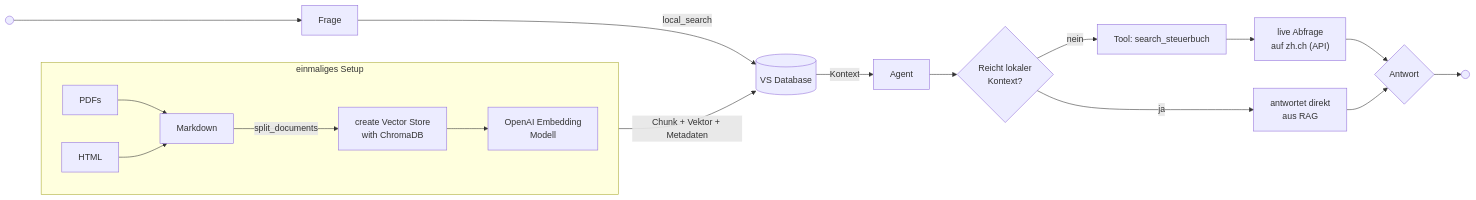
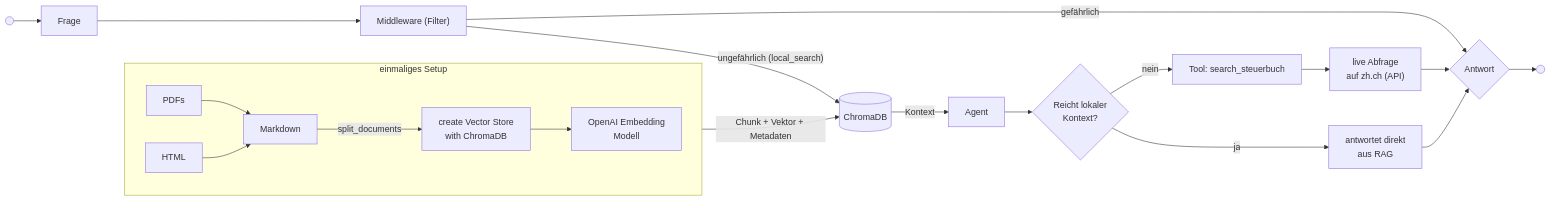
Before and after one commit to yott-dev/ny-hoc: the first of 3 diagrams in presentation/slides.md, drawn with Mermaid. The commit also changed other lines of this file, not shown here.

````diff
--- a/presentation/slides.md
+++ b/presentation/slides.md
@@ -61,23 +61,25 @@
 ```mermaid
 flowchart LR
   subgraph RAG["einmaliges Setup"]
     direction LR
     PDFs["PDFs"] --> MD["Markdown"]
     HTML["HTML"] --> MD
     MD --split_documents--> VStore["create Vector Store\nwith ChromaDB"]
     VStore --> EMB["OpenAI Embedding\nModell"]
   end
 
-  EMB -->|"Chunk + Vektor + Metadaten"| DB[("VS Database")]
+  EMB -->|"Chunk + Vektor + Metadaten"| DB[("ChromaDB")]
 
   S((" ")) --> FRAGE["Frage"]
-  FRAGE --local_search--> DB
+  FRAGE --> FILTER["Middleware (Filter)"]
+  FILTER --ungefährlich (local_search)--> DB
+  FILTER --gefährlich--> ANS
   DB -->|"Kontext"| AGENT["Agent"]
   AGENT --> DEC{"Reicht lokaler\nKontext?"}
   DEC --nein--> TOOL["Tool: search_steuerbuch"]
   TOOL --> LIVE["live Abfrage\nauf zh.ch (API)"]
   LIVE --> ANS{"Antwort"}
   DEC --ja--> DIRECT["antwortet direkt\naus RAG"]
   DIRECT --> ANS
   ANS --> E((" "))
 ```
````
